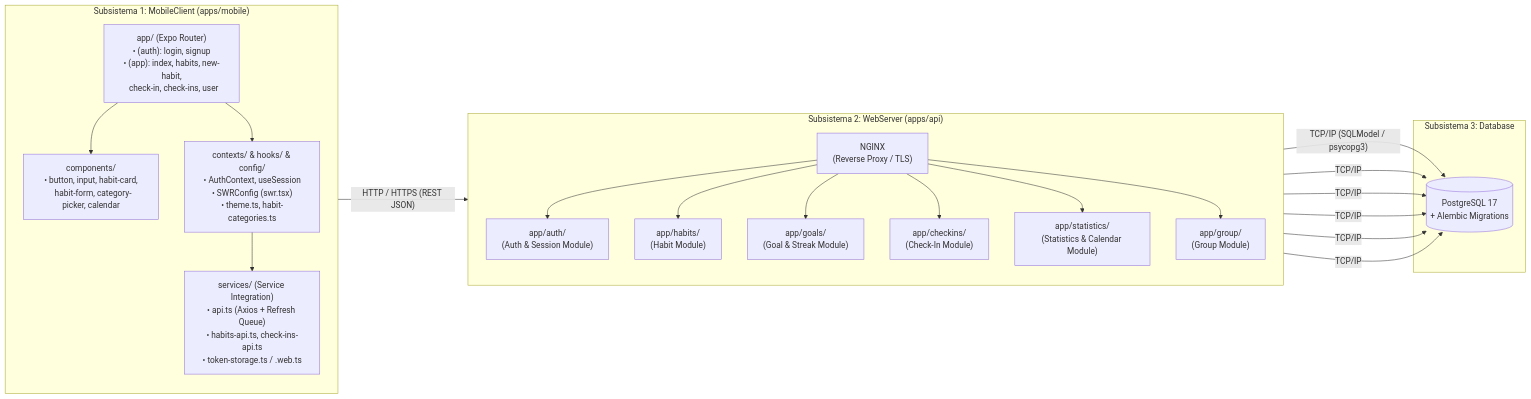
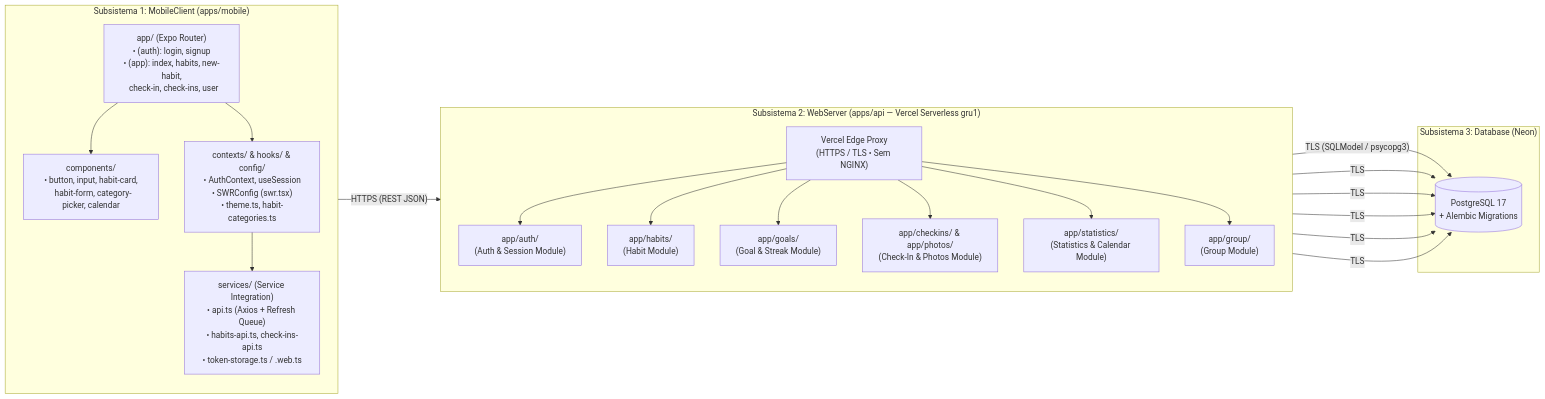
Before and after one commit to FGA0138-MDS-Ajax/2026.2-T02-Shannon: the second of 2 diagrams in docs/arquitetura/visoes-uso-logica.md, drawn with Mermaid. The commit also changed 7 other files, not shown here.

Commit message:
docs(arquitetura): atualiza site MkDocs com producao Vercel, Neon, PWA e ADRs 010-012

````diff
--- a/docs/arquitetura/visoes-uso-logica.md
+++ b/docs/arquitetura/visoes-uso-logica.md
@@ -64,44 +64,44 @@
 ```mermaid
 flowchart LR
     subgraph MobileClient["Subsistema 1: MobileClient (apps/mobile)"]
         direction TB
         AppRoutes["app/ (Expo Router)\n• (auth): login, signup\n• (app): index, habits, new-habit,\n  check-in, check-ins, user"]
         Comp["components/\n• button, input, habit-card,\n  habit-form, category-picker, calendar"]
         HooksCtx["contexts/ & hooks/ & config/\n• AuthContext, useSession\n• SWRConfig (swr.tsx)\n• theme.ts, habit-categories.ts"]
         Services["services/ (Service Integration)\n• api.ts (Axios + Refresh Queue)\n• habits-api.ts, check-ins-api.ts\n• token-storage.ts / .web.ts"]
 
         AppRoutes --> Comp
         AppRoutes --> HooksCtx
         HooksCtx --> Services
     end
 
-    subgraph WebServer["Subsistema 2: WebServer (apps/api)"]
+    subgraph WebServer["Subsistema 2: WebServer (apps/api — Vercel Serverless gru1)"]
         direction TB
-        NGINX["NGINX\n(Reverse Proxy / TLS)"]
+        Edge["Vercel Edge Proxy\n(HTTPS / TLS • Sem NGINX)"]
         AuthM["app/auth/\n(Auth & Session Module)"]
         HabitM["app/habits/\n(Habit Module)"]
         GoalM["app/goals/\n(Goal & Streak Module)"]
-        CheckInM["app/checkins/\n(Check-In Module)"]
+        CheckInM["app/checkins/ & app/photos/\n(Check-In & Photos Module)"]
         StatM["app/statistics/\n(Statistics & Calendar Module)"]
         GroupM["app/group/\n(Group Module)"]
 
-        NGINX --> AuthM
-        NGINX --> HabitM
-        NGINX --> GoalM
-        NGINX --> CheckInM
-        NGINX --> StatM
-        NGINX --> GroupM
+        Edge --> AuthM
+        Edge --> HabitM
+        Edge --> GoalM
+        Edge --> CheckInM
+        Edge --> StatM
+        Edge --> GroupM
     end
 
-    subgraph Database["Subsistema 3: Database"]
+    subgraph Database["Subsistema 3: Database (Neon)"]
         PG[("PostgreSQL 17\n+ Alembic Migrations")]
     end
 
-    Services -->|"HTTP / HTTPS (REST JSON)"| NGINX
-    AuthM -->|"TCP/IP (SQLModel / psycopg3)"| PG
-    HabitM -->|"TCP/IP"| PG
-    GoalM -->|"TCP/IP"| PG
-    CheckInM -->|"TCP/IP"| PG
-    StatM -->|"TCP/IP"| PG
-    GroupM -->|"TCP/IP"| PG
+    Services -->|"HTTPS (REST JSON)"| Edge
+    AuthM -->|"TLS (SQLModel / psycopg3)"| PG
+    HabitM -->|"TLS"| PG
+    GoalM -->|"TLS"| PG
+    CheckInM -->|"TLS"| PG
+    StatM -->|"TLS"| PG
+    GroupM -->|"TLS"| PG
 ```
````
